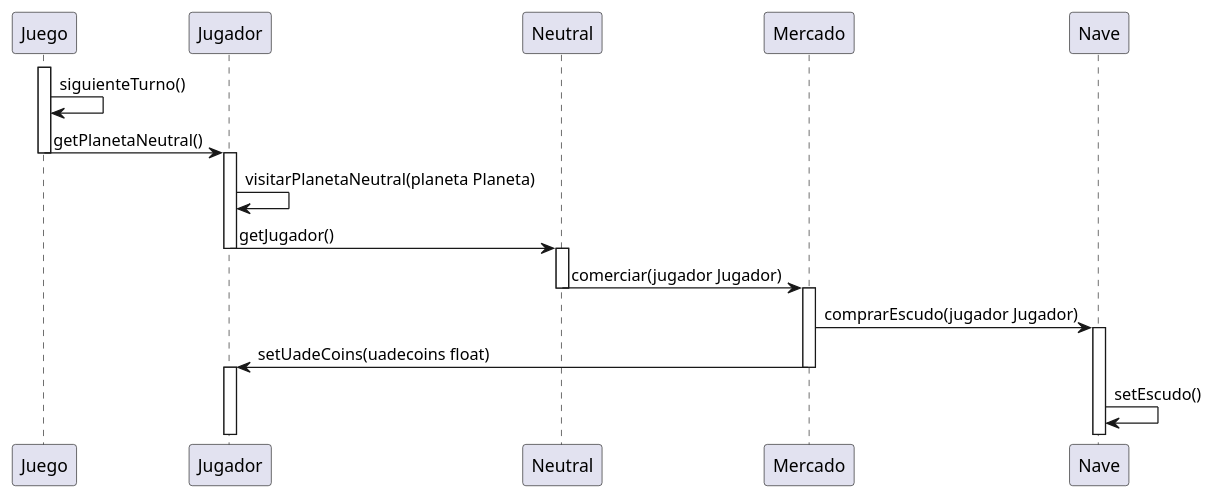
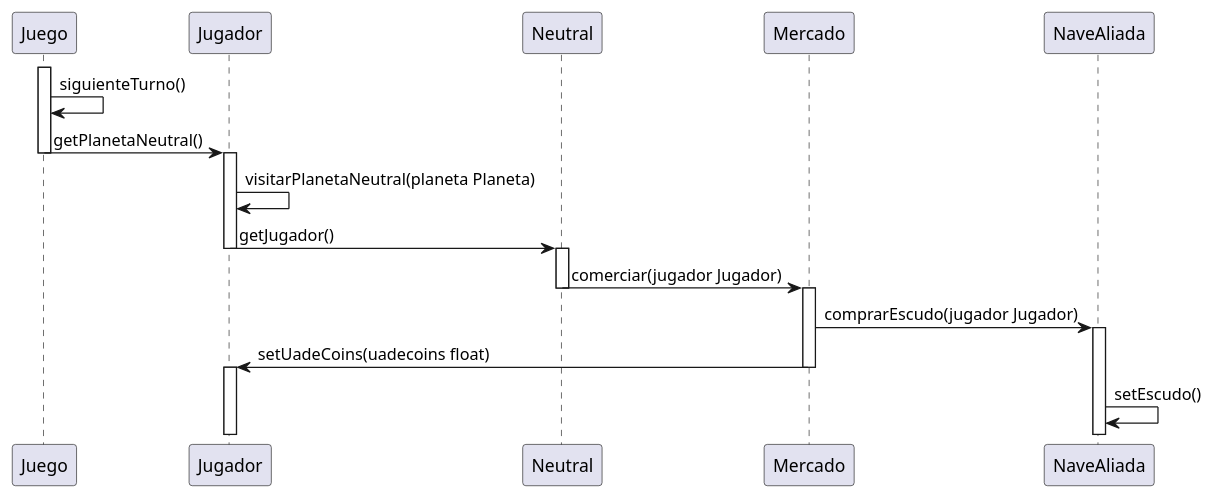
One commit to ianlio-git/LostGalaxy changed the diagram in src/TPO_classDiagram/TPO_SequenceDiagramMarketItem.puml. Above: the diagram before and after it, drawn with PlantUML. The commit also changed 2 other files, not shown here.

Commit message:
diagramas de secuencia terminados

```diff
--- a/src/TPO_classDiagram/TPO_SequenceDiagramMarketItem.puml
+++ b/src/TPO_classDiagram/TPO_SequenceDiagramMarketItem.puml
@@ -1,30 +1,30 @@
 @startuml
 participant Juego
 participant Jugador
 participant Neutral
 participant Mercado
-participant Nave
+participant NaveAliada
 
 activate Juego
 deactivate Juego
 Juego -> Juego: siguienteTurno()
 Juego -> Jugador: getPlanetaNeutral()
 deactivate Juego
 activate Jugador
 Jugador -> Jugador: visitarPlanetaNeutral(planeta Planeta)
 Jugador -> Neutral: getJugador()
 deactivate Jugador
 activate Neutral
 Neutral -> Mercado: comerciar(jugador Jugador)
 deactivate Neutral
 activate Mercado
 
-Mercado -> Nave: comprarEscudo(jugador Jugador)
-activate Nave
+Mercado -> NaveAliada: comprarEscudo(jugador Jugador)
+activate NaveAliada
 
 Mercado -> Jugador: setUadeCoins(uadecoins float)
 deactivate Mercado
 activate Jugador
 deactivate Jugador
-Nave -> Nave: setEscudo()
+NaveAliada -> NaveAliada: setEscudo()
 @enduml
```
